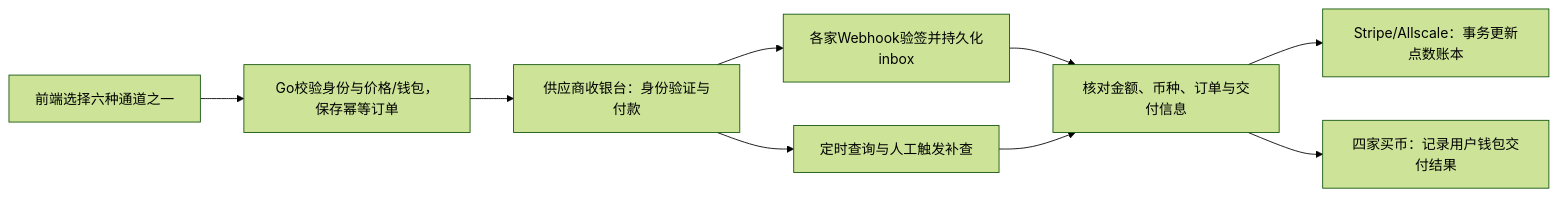
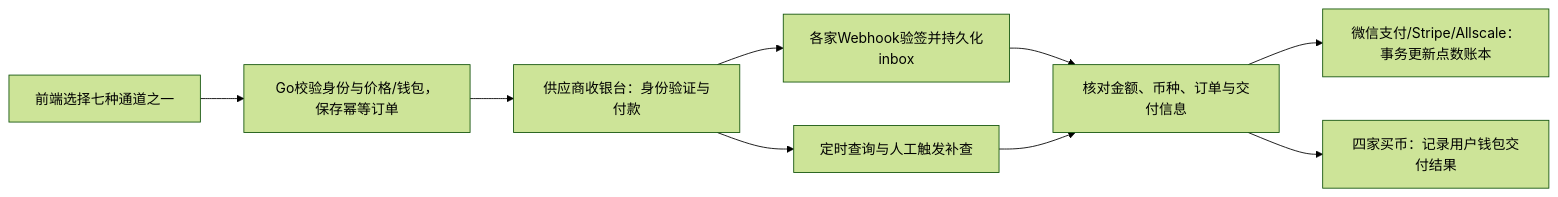
Before and after one commit to zqf20096327/dbhub_collect: the diagram in data/readmes/nemo-crypto__pay.md, drawn with Mermaid (forest theme). The commit also changed other lines of this file and 689 other files, not shown here.

````diff
--- a/data/readmes/nemo-crypto__pay.md
+++ b/data/readmes/nemo-crypto__pay.md
@@ -126,11 +132,11 @@
 ```mermaid
 flowchart LR
-  U[前端选择六种通道之一] --> O[Go校验身份与价格/钱包，保存幂等订单]
+  U[前端选择七种通道之一] --> O[Go校验身份与价格/钱包，保存幂等订单]
   O --> P[供应商收银台：身份验证与付款]
   P --> W[各家Webhook验签并持久化inbox]
   P --> Q[定时查询与人工触发补查]
   W --> V[核对金额、币种、订单与交付信息]
   Q --> V
-  V --> T[Stripe/Allscale：事务更新点数账本]
+  V --> T[微信支付/Stripe/Allscale：事务更新点数账本]
   V --> C[四家买币：记录用户钱包交付结果]
 ```
````
